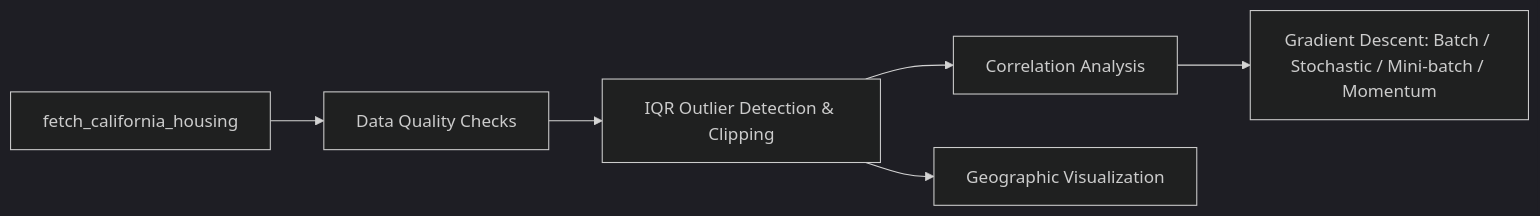
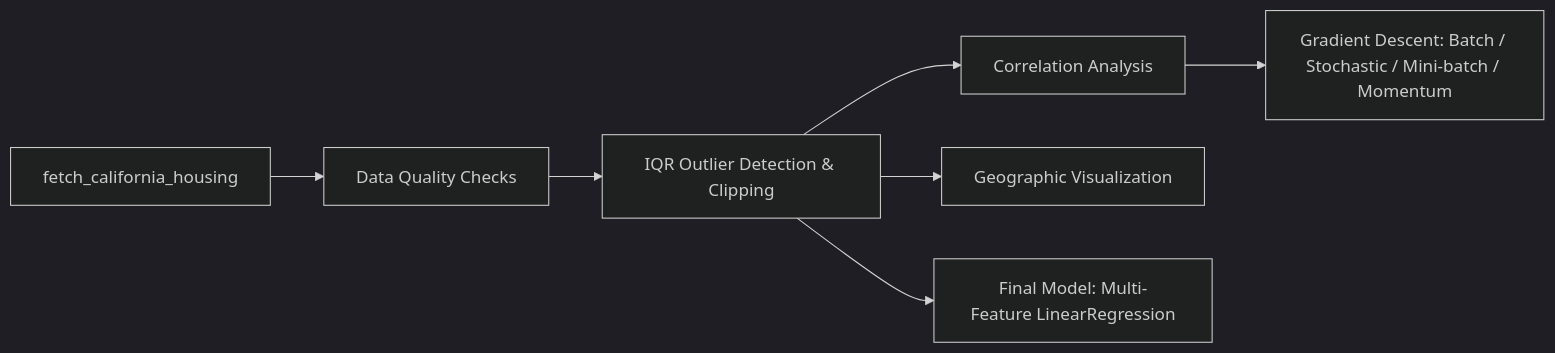
One commit to abdelrhmanhesham1/applied-ml-notebooks changed the diagram in projects/california-housing-price-analysis/README.md. Above: the diagram before and after it, drawn with Mermaid (dark theme). The commit also changed other lines of this file and 8 other files, not shown here.

````diff
--- a/projects/california-housing-price-analysis/README.md
+++ b/projects/california-housing-price-analysis/README.md
@@ -17,8 +19,9 @@
 ```mermaid
 flowchart LR
     A[fetch_california_housing] --> B[Data Quality Checks]
     B --> C[IQR Outlier Detection & Clipping]
     C --> D[Correlation Analysis]
     D --> E[Gradient Descent: Batch / Stochastic / Mini-batch / Momentum]
     C --> F[Geographic Visualization]
+    C --> G[Final Model: Multi-Feature LinearRegression]
 ```
````
